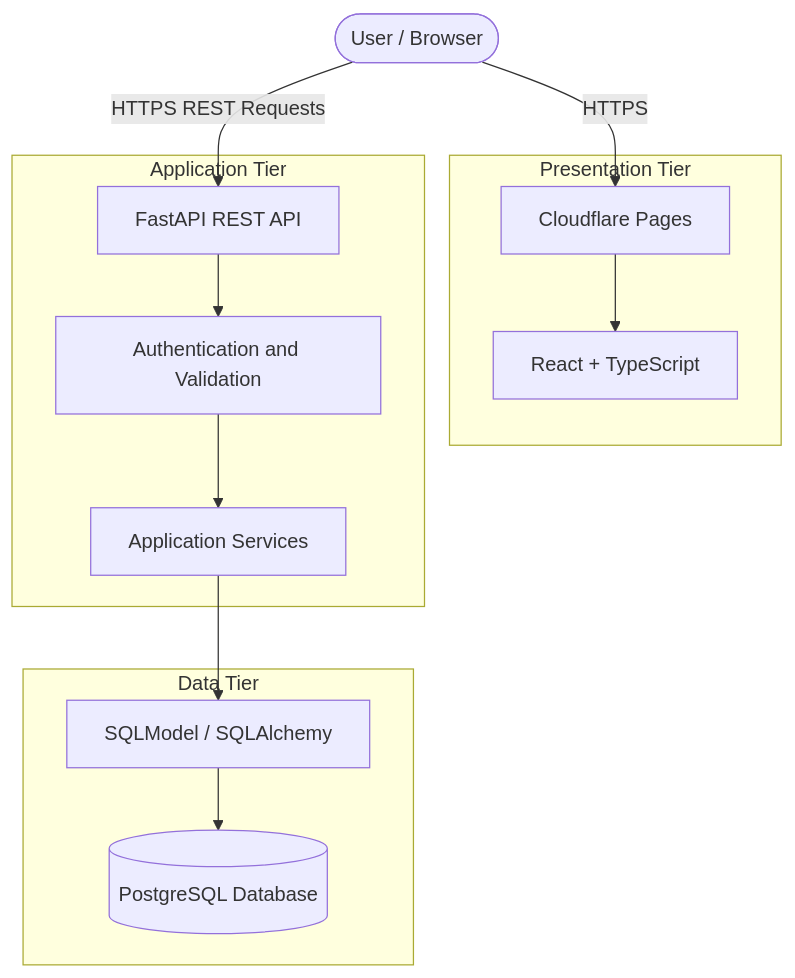
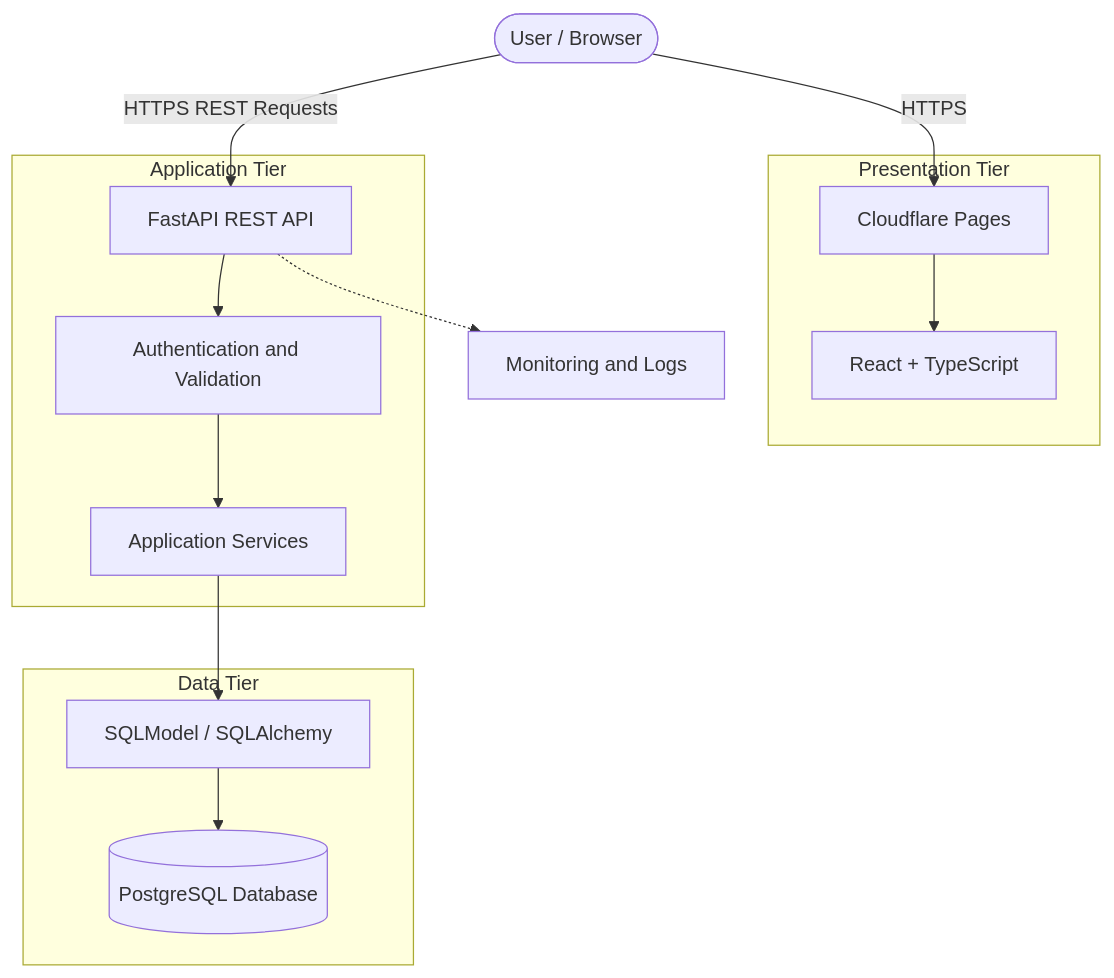
Before and after one commit to bendeze/portfolio-frontend: the first of 3 diagrams in content/projects/focus-app.md, drawn with Mermaid.

Commit message:
Update focus-app.md with monitoring details
Added monitoring component to architecture diagram.

````diff
--- a/content/projects/focus-app.md
+++ b/content/projects/focus-app.md
@@ -36,28 +36,33 @@
 ```mermaid
 flowchart TD
     User([User / Browser])
 
     subgraph Presentation["Presentation Tier"]
         CDN["Cloudflare Pages"]
         Frontend["React + TypeScript"]
         CDN --> Frontend
     end
 
     subgraph Application["Application Tier"]
         API["FastAPI REST API"]
         Auth["Authentication and Validation"]
         Services["Application Services"]
+
         API --> Auth
         Auth --> Services
     end
 
     subgraph Data["Data Tier"]
         Models["SQLModel / SQLAlchemy"]
         DB[("PostgreSQL Database")]
+
         Models --> DB
     end
 
     User -->|HTTPS| CDN
     User -->|HTTPS REST Requests| API
     Services --> Models
+
+    Monitoring["Monitoring and Logs"]
+    API -.-> Monitoring
 ```
````
